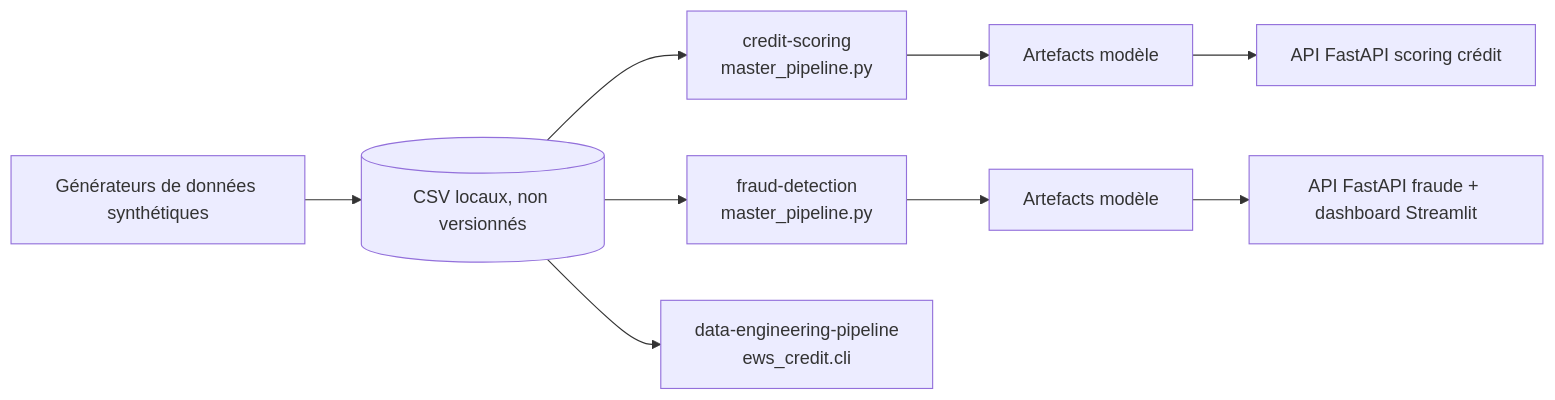
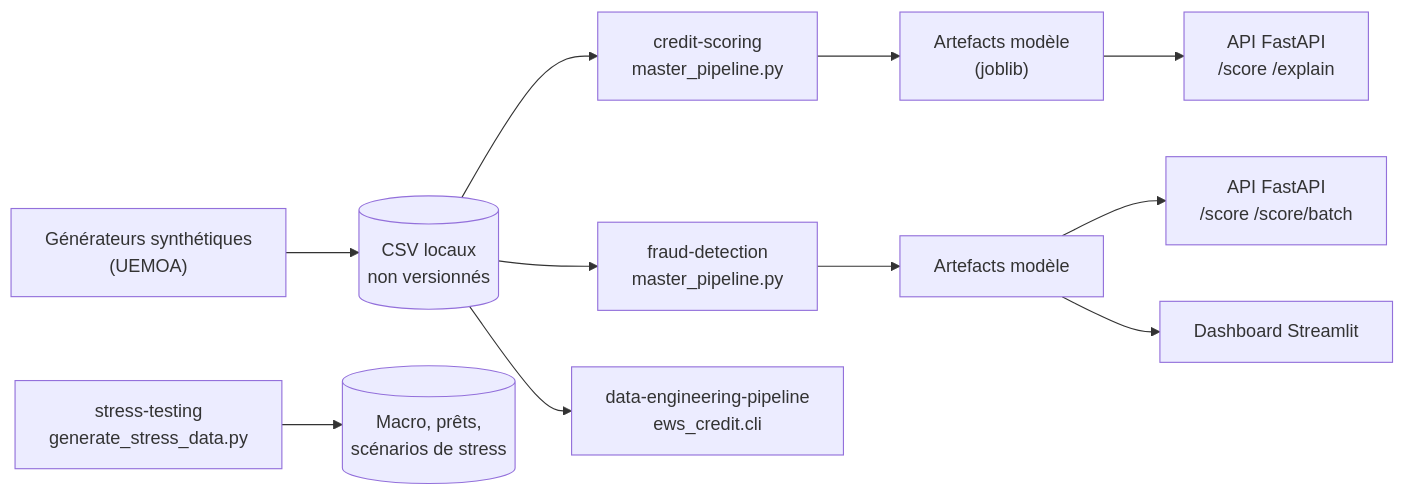
Before and after one commit to Jean-Paul15/DS-FINANCE-QUANT: the diagram in README.md, drawn with Mermaid. The commit also changed other lines of this file, not shown here.

````diff
--- a/README.md
+++ b/README.md
@@ -20,9 +30,11 @@
 ```mermaid
 flowchart LR
-    G1[Générateurs de données synthétiques] --> D[(CSV locaux, non versionnés)]
-    D --> P1[credit-scoring<br/>master_pipeline.py]
-    D --> P2[fraud-detection<br/>master_pipeline.py]
-    D --> P3[data-engineering-pipeline<br/>ews_credit.cli]
-    P1 --> A1[Artefacts modèle] --> API1[API FastAPI scoring crédit]
-    P2 --> A2[Artefacts modèle] --> API2[API FastAPI fraude + dashboard Streamlit]
+    G1["Générateurs synthétiques<br/>(UEMOA)"] --> D[("CSV locaux<br/>non versionnés")]
+    D --> P1["credit-scoring<br/>master_pipeline.py"]
+    D --> P2["fraud-detection<br/>master_pipeline.py"]
+    D --> P3["data-engineering-pipeline<br/>ews_credit.cli"]
+    G2["stress-testing<br/>generate_stress_data.py"] --> S[("Macro, prêts,<br/>scénarios de stress")]
+    P1 --> A1["Artefacts modèle<br/>(joblib)"] --> API1["API FastAPI<br/>/score /explain"]
+    P2 --> A2["Artefacts modèle"] --> API2["API FastAPI<br/>/score /score/batch"]
+    A2 --> DASH["Dashboard Streamlit"]
 ```
````
